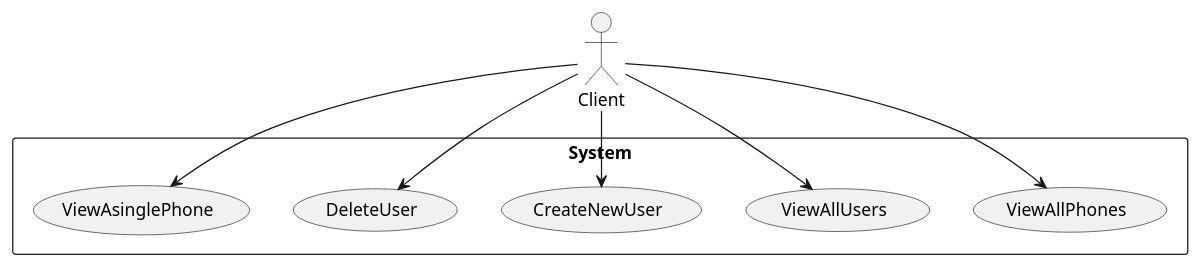
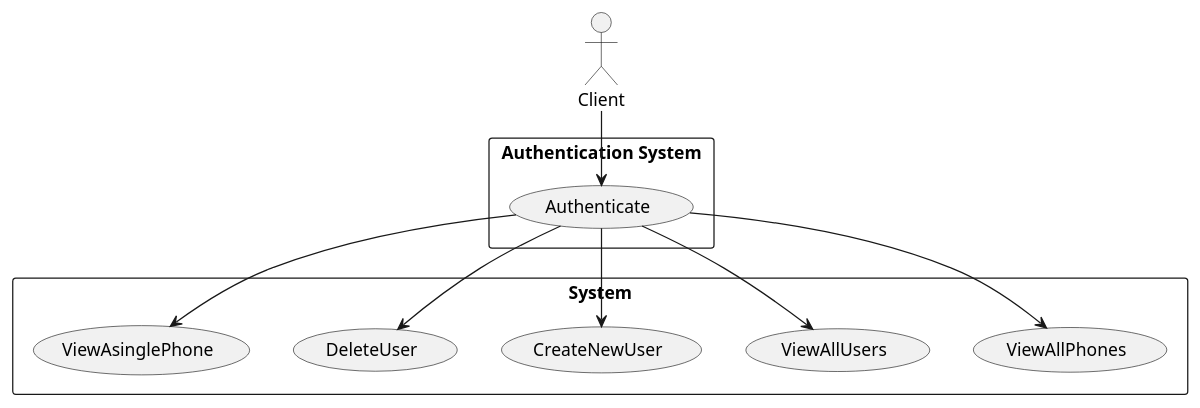
Before and after one commit to OussBel/bileMo: the diagram in diagrammes-uml/Case.plantuml, drawn with PlantUML. The commit also changed 23 other files, not shown here.

Commit message:
Correction des digrammes uml, entity Client, User

```diff
--- a/diagrammes-uml/Case.plantuml
+++ b/diagrammes-uml/Case.plantuml
@@ -1,22 +1,23 @@
 @startuml
 
 actor Client
+rectangle "Authentication System" {
+    usecase Authenticate
+}
 
 rectangle System {
     usecase ViewAllPhones
     usecase ViewAllUsers
     usecase CreateNewUser
     usecase DeleteUser
     usecase ViewAsinglePhone
 }
 
-Client --> (ViewAllPhones)
-Client --> (ViewAsinglePhone)
-Client --> (ViewAllUsers)
-Client --> (CreateNewUser)
-Client --> (DeleteUser)
-
-
-
+Client --> Authenticate
+Authenticate --> (ViewAllPhones)
+Authenticate --> (ViewAsinglePhone)
+Authenticate --> (ViewAllUsers)
+Authenticate --> (CreateNewUser)
+Authenticate --> (DeleteUser)
 
 @enduml
```
